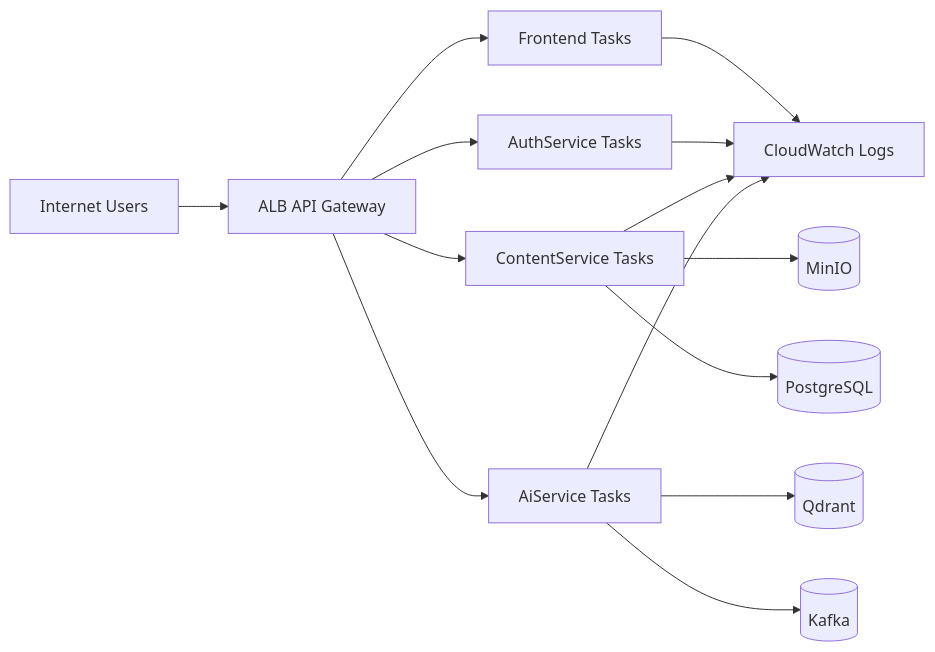
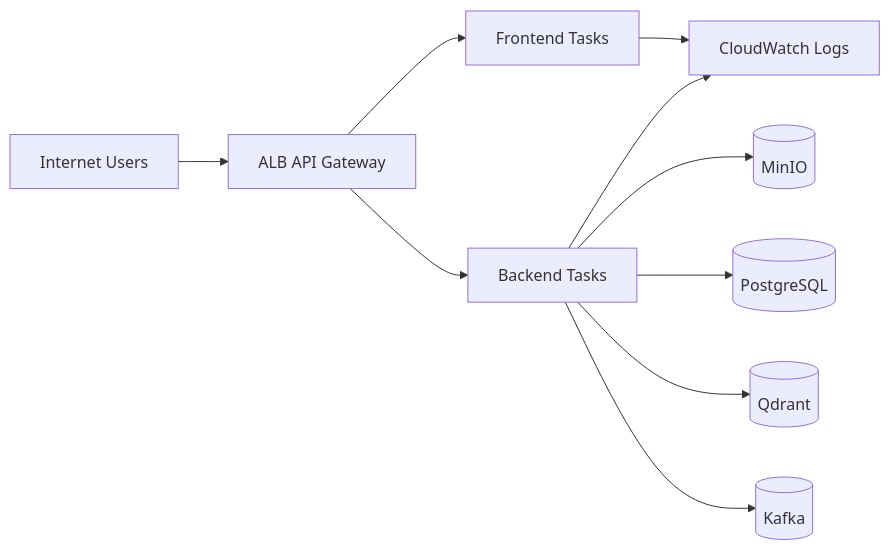
Before and after one commit to BeketML/EduAI: the third of 4 diagrams in documents/AVD.md, drawn with Mermaid. The commit also changed other lines of this file and 38 other files, not shown here.

````diff
--- a/documents/AVD.md
+++ b/documents/AVD.md
@@ -192,16 +182,12 @@
 ```mermaid
 flowchart LR
   internet[Internet Users] --> alb[ALB API Gateway]
   alb --> feTask[Frontend Tasks]
-  alb --> authTask[AuthService Tasks]
-  alb --> contentTask[ContentService Tasks]
-  alb --> aiTask[AiService Tasks]
-  contentTask --> s3Store[(MinIO)]
-  contentTask --> pgDb[(PostgreSQL)]
-  aiTask --> qdrantDb[(Qdrant)]
-  aiTask --> kafkaBus[(Kafka)]
+  alb --> backendTask[Backend Tasks]
+  backendTask --> s3Store[(MinIO)]
+  backendTask --> pgDb[(PostgreSQL)]
+  backendTask --> qdrantDb[(Qdrant)]
+  backendTask --> kafkaBus[(Kafka)]
   feTask --> cwLogs[CloudWatch Logs]
-  authTask --> cwLogs
-  contentTask --> cwLogs
-  aiTask --> cwLogs
+  backendTask --> cwLogs
 ```
````
